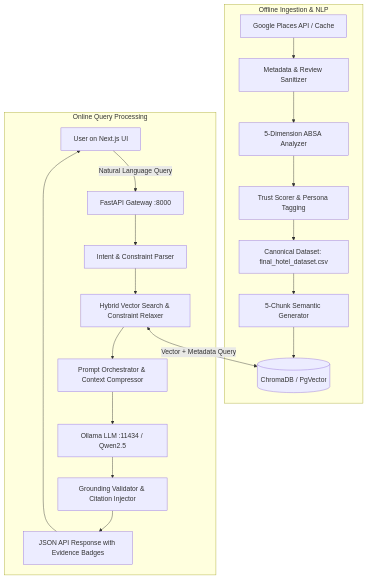
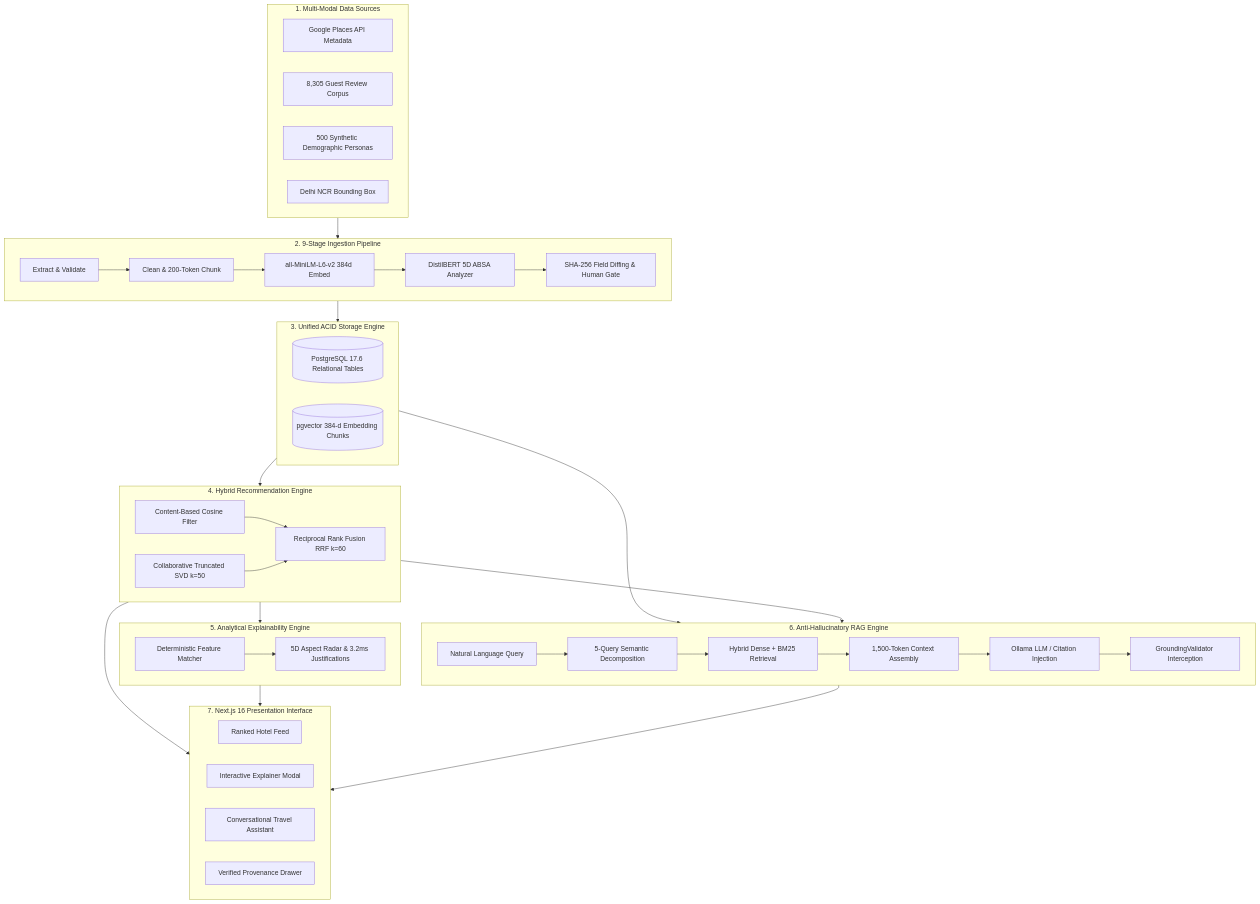
One commit to Keshav-Chaudhary/TrustLayer-AI changed the diagram in README.md. Above: the diagram before and after it, drawn with Mermaid. The commit also changed other lines of this file and 22 other files, not shown here.

````diff
--- a/README.md
+++ b/README.md
@@ -81,23 +70,54 @@
 ```mermaid
 graph TD
-    subgraph Data Pipeline [Offline Ingestion & NLP]
-        A[Google Places API / Cache] --> B[Metadata & Review Sanitizer]
-        B --> C[5-Dimension ABSA Analyzer]
-        C --> D[Trust Scorer & Persona Tagging]
-        D --> E[Canonical Dataset: final_hotel_dataset.csv]
-        E --> F[5-Chunk Semantic Generator]
-        F --> G[(ChromaDB / PgVector)]
+    subgraph S1 [1. Multi-Modal Data Sources]
+        D1[Google Places API Metadata]
+        D2[8,305 Guest Review Corpus]
+        D3[500 Synthetic Demographic Personas]
+        D4[Delhi NCR Bounding Box]
     end
 
-    subgraph Runtime Services [Online Query Processing]
-        U[User on Next.js UI] -->|Natural Language Query| H[FastAPI Gateway :8000]
-        H --> I[Intent & Constraint Parser]
-        I --> J[Hybrid Vector Search & Constraint Relaxer]
-        J <-->|Vector + Metadata Query| G
-        J --> K[Prompt Orchestrator & Context Compressor]
-        K --> L[Ollama LLM :11434 / Qwen2.5]
-        L --> M[Grounding Validator & Citation Injector]
-        M --> N[JSON API Response with Evidence Badges]
-        N --> U
+    subgraph S2 [2. 9-Stage Ingestion Pipeline]
+        P1[Extract & Validate] --> P2[Clean & 200-Token Chunk]
+        P2 --> P3[all-MiniLM-L6-v2 384d Embed]
+        P3 --> P4[DistilBERT 5D ABSA Analyzer]
+        P4 --> P5[SHA-256 Field Diffing & Human Gate]
     end
+
+    subgraph S3 [3. Unified ACID Storage Engine]
+        DB1[(PostgreSQL 17.6 Relational Tables)]
+        DB2[(pgvector 384-d Embedding Chunks)]
+    end
+
+    subgraph S4 [4. Hybrid Recommendation Engine]
+        R1[Content-Based Cosine Filter]
+        R2[Collaborative Truncated SVD k=50]
+        R1 & R2 --> R3[Reciprocal Rank Fusion RRF k=60]
+    end
+
+    subgraph S5 [5. Analytical Explainability Engine]
+        E1[Deterministic Feature Matcher]
+        E1 --> E2[5D Aspect Radar & 3.2ms Justifications]
+    end
+
+    subgraph S6 [6. Anti-Hallucinatory RAG Engine]
+        Q1[Natural Language Query] --> Q2[5-Query Semantic Decomposition]
+        Q2 --> Q3[Hybrid Dense + BM25 Retrieval]
+        Q3 --> Q4[1,500-Token Context Assembly]
+        Q4 --> Q5[Ollama LLM / Citation Injection]
+        Q5 --> Q6[GroundingValidator Interception]
+    end
+
+    subgraph S7 [7. Next.js 16 Presentation Interface]
+        UI1[Ranked Hotel Feed]
+        UI2[Interactive Explainer Modal]
+        UI3[Conversational Travel Assistant]
+        UI4[Verified Provenance Drawer]
+    end
+
+    S1 --> S2
+    S2 --> S3
+    S3 --> S4
+    S4 --> S5
+    S3 & S4 --> S6
+    S4 & S5 & S6 --> S7
 ```
````
